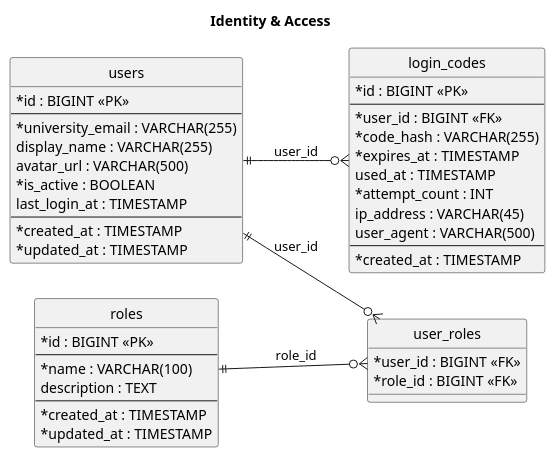
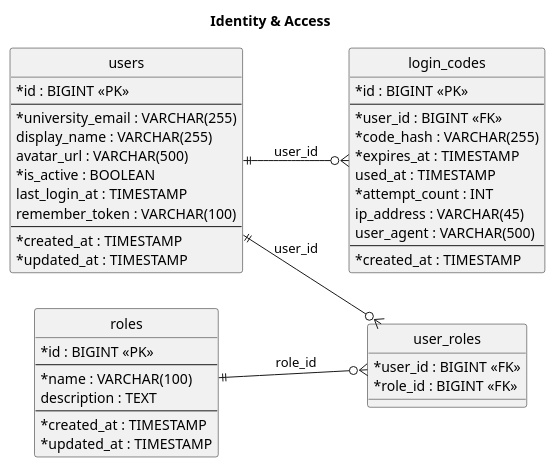
Before and after one commit to DanerSharifi-FR/passion-bds-website: the first of 8 diagrams in docs/database/2-modelisation.plantuml, drawn with PlantUML. The commit also changed other lines of this file, not shown here.

```diff
--- a/docs/database/2-modelisation.plantuml
+++ b/docs/database/2-modelisation.plantuml
@@ -7,54 +7,55 @@
 @startuml Identity_Access
 skinparam classAttributeIconSize 0
 hide circle
 left to right direction
 title Identity & Access
 
 entity users {
   * id : BIGINT <<PK>>
   --
   * university_email : VARCHAR(255)
     display_name : VARCHAR(255)
     avatar_url : VARCHAR(500)
   * is_active : BOOLEAN
     last_login_at : TIMESTAMP
+    remember_token : VARCHAR(100)
   --
   * created_at : TIMESTAMP
   * updated_at : TIMESTAMP
 }
 
 entity roles {
   * id : BIGINT <<PK>>
   --
   * name : VARCHAR(100)
     description : TEXT
   --
   * created_at : TIMESTAMP
   * updated_at : TIMESTAMP
 }
 
 entity user_roles {
   * user_id : BIGINT <<FK>>
   * role_id : BIGINT <<FK>>
 }
 
 entity login_codes {
   * id : BIGINT <<PK>>
   --
   * user_id : BIGINT <<FK>>
   * code_hash : VARCHAR(255)
   * expires_at : TIMESTAMP
     used_at : TIMESTAMP
   * attempt_count : INT
     ip_address : VARCHAR(45)
     user_agent : VARCHAR(500)
   --
   * created_at : TIMESTAMP
 }
 
 users ||--o{ user_roles : user_id
 roles ||--o{ user_roles : role_id
 
 users ||--o{ login_codes : user_id
 
 @enduml
```
